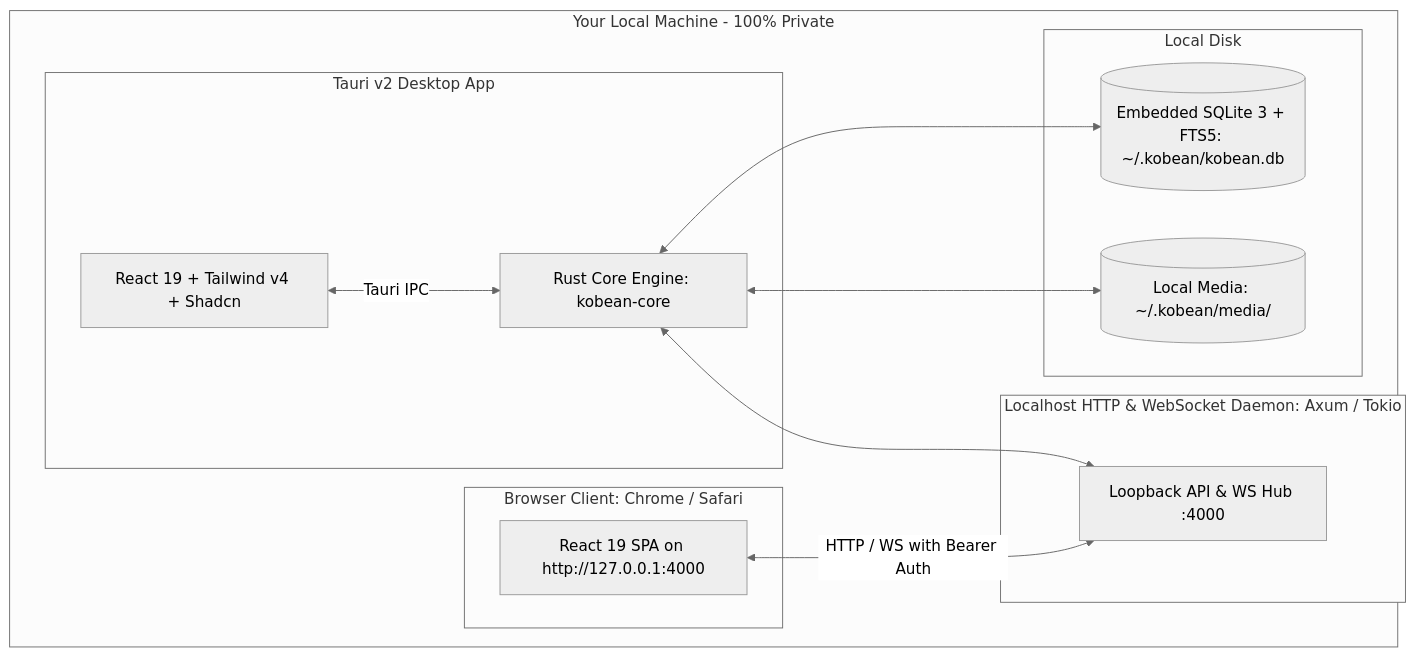
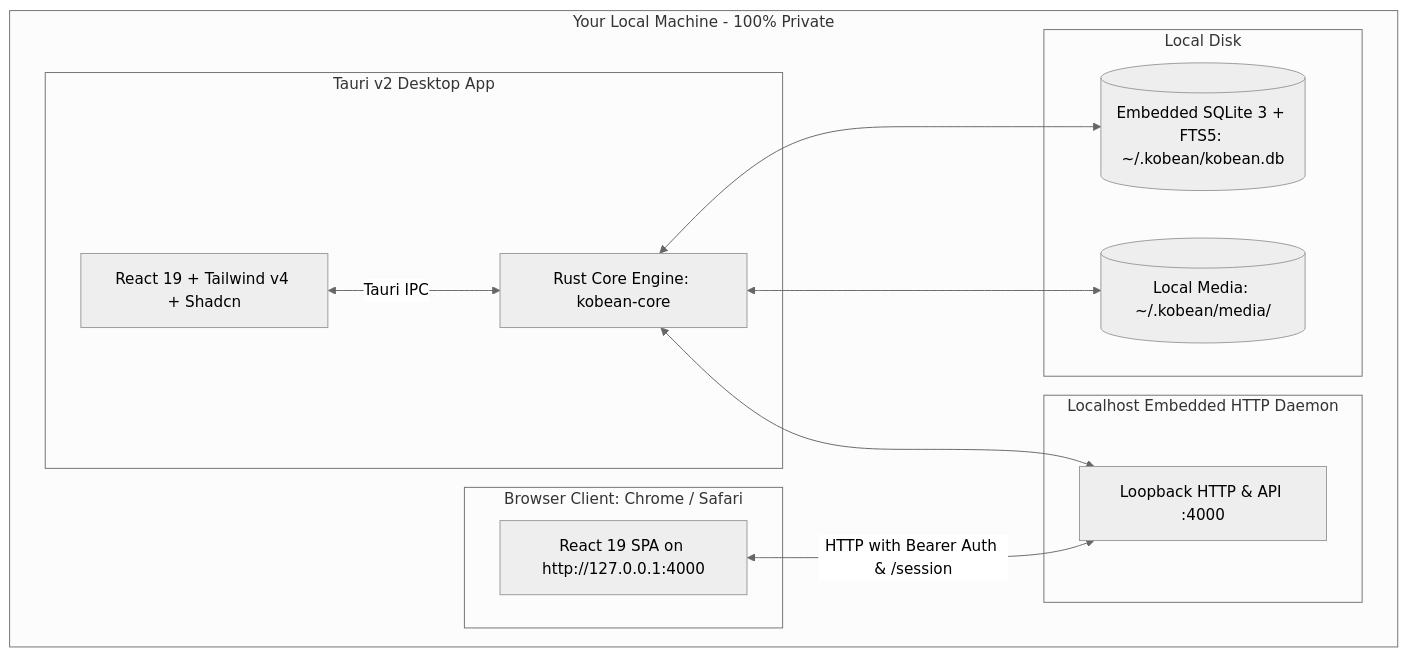
One commit to kobenguyent/KobeanTest changed the diagram in docs/architecture/system-overview.md. Above: the diagram before and after it, drawn with Mermaid (neutral theme). The commit also changed 3 other files, not shown here.

Commit message:
docs: update README, getting started guide, and architecture docs with single-command launch and API specs

````diff
--- a/docs/architecture/system-overview.md
+++ b/docs/architecture/system-overview.md
@@ -7,27 +7,27 @@
 ```mermaid
 graph TB
     subgraph LocalMachine [Your Local Machine - 100% Private]
         subgraph DesktopShell [Tauri v2 Desktop App]
             DesktopUI[React 19 + Tailwind v4 + Shadcn]
             RustCore[Rust Core Engine: kobean-core]
             DesktopUI <-->|Tauri IPC| RustCore
         end
 
         subgraph LocalWeb [Browser Client: Chrome / Safari]
             WebUI[React 19 SPA on http://127.0.0.1:4000]
         end
 
-        subgraph LocalDaemon [Localhost HTTP & WebSocket Daemon: Axum / Tokio]
-            HTTPDaemon[Loopback API & WS Hub :4000]
+        subgraph LocalDaemon [Localhost Embedded HTTP Daemon]
+            HTTPDaemon[Loopback HTTP & API :4000]
             RustCore <--> HTTPDaemon
-            WebUI <-->|HTTP / WS with Bearer Auth| HTTPDaemon
+            WebUI <-->|HTTP with Bearer Auth & /session| HTTPDaemon
         end
 
         subgraph LocalStorage [Local Disk]
             SQLite[(Embedded SQLite 3 + FTS5: ~/.kobean/kobean.db)]
             MediaDir[(Local Media: ~/.kobean/media/)]
             RustCore <--> SQLite
             RustCore <--> MediaDir
         end
     end
 ```
````
